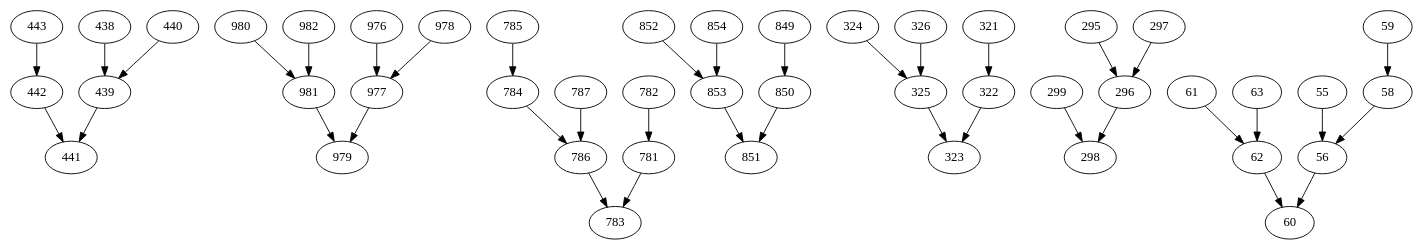
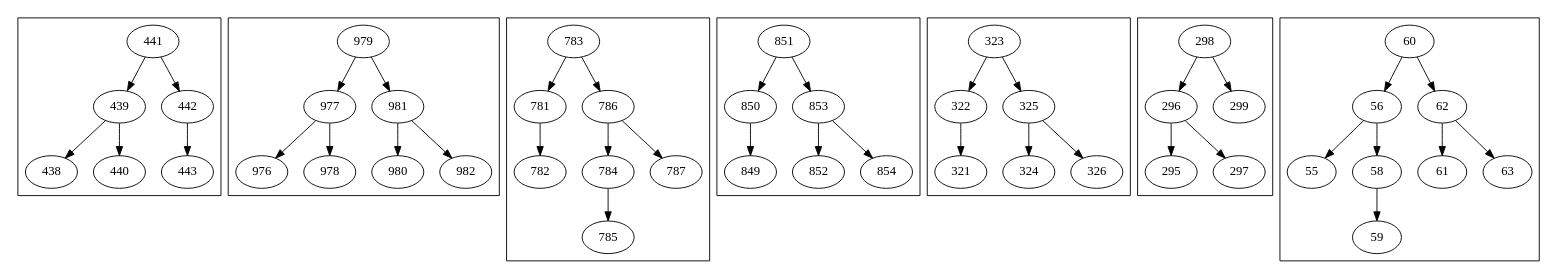
The diagram in api/Estructura/GraficaAvl.dot (2730538920101/EDD_VIRTUALMALL_201709282), drawn with Graphviz before and after one commit. The commit also changed 8 other files, not shown here.

```diff
--- a/api/Estructura/GraficaAvl.dot
+++ b/api/Estructura/GraficaAvl.dot
@@ -1,64 +1,64 @@
 digraph G{
 
 ranckdir = UD;
 
-	subgraph avl_0{
-		439->441
-		438->439
-		440->439
-		442->441
-		443->442
+	subgraph cluster_0{
+		441->439
+		439->438
+		439->440
+		441->442
+		442->443
 
 }
-	subgraph avl_1{
-		977->979
-		976->977
-		978->977
-		981->979
-		980->981
-		982->981
+	subgraph cluster_1{
+		979->977
+		977->976
+		977->978
+		979->981
+		981->980
+		981->982
 
 }
-	subgraph avl_2{
-		781->783
-		782->781
-		786->783
-		784->786
-		785->784
-		787->786
+	subgraph cluster_2{
+		783->781
+		781->782
+		783->786
+		786->784
+		784->785
+		786->787
 
 }
-	subgraph avl_3{
-		850->851
-		849->850
-		853->851
-		852->853
-		854->853
+	subgraph cluster_3{
+		851->850
+		850->849
+		851->853
+		853->852
+		853->854
 
 }
-	subgraph avl_4{
-		322->323
-		321->322
-		325->323
-		324->325
-		326->325
+	subgraph cluster_4{
+		323->322
+		322->321
+		323->325
+		325->324
+		325->326
 
 }
-	subgraph avl_5{
-		296->298
-		295->296
-		297->296
-		299->298
+	subgraph cluster_5{
+		298->296
+		296->295
+		296->297
+		298->299
 
 }
-	subgraph avl_6{
-		56->60
-		55->56
-		58->56
-		59->58
-		62->60
-		61->62
-		63->62
+	subgraph cluster_6{
+		60->56
+		56->55
+		56->58
+		58->59
+		60->62
+		62->61
+		62->63
 
 }
 }
```
